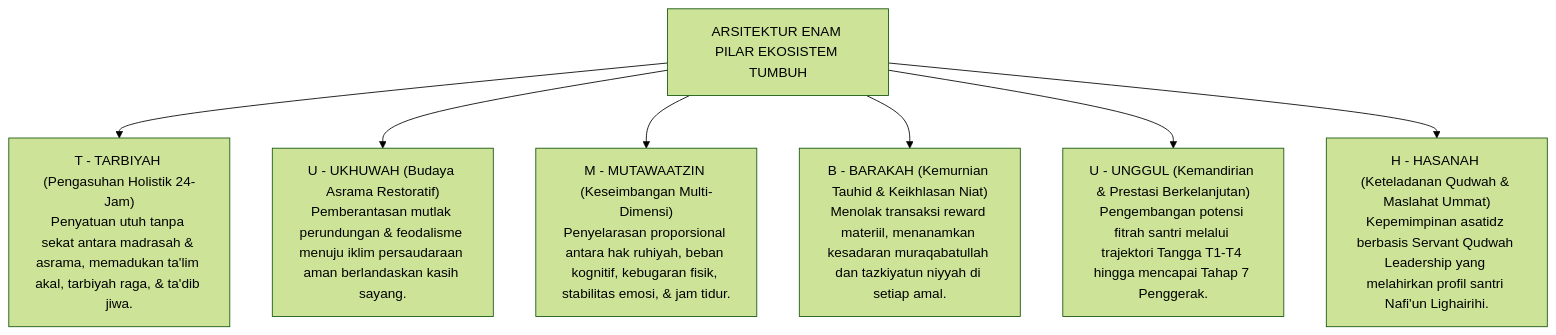
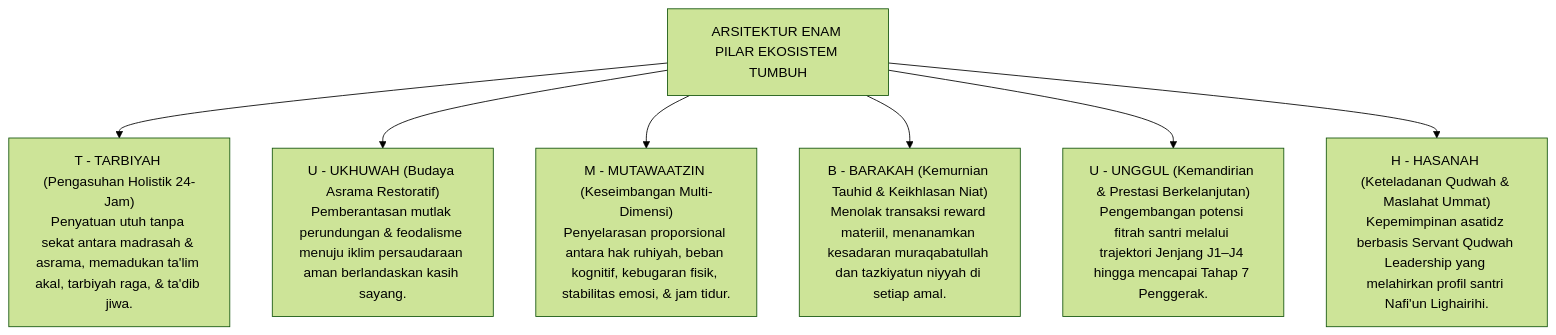
One commit to wandiapriliyandi/tumbuh changed the second of 3 diagrams in BOOK-SERIES/Volume-01/Bab-01-Krisis-Karakter-dan-Urgensi-Rekonstruksi/05-Urgensi-Rekonstruksi-Paradigma-Menuju-TUMBUH.md. Above: the diagram before and after it, drawn with Mermaid (forest theme). The commit also changed other lines of this file and 209 other files, not shown here.

````diff
--- a/BOOK-SERIES/Volume-01/Bab-01-Krisis-Karakter-dan-Urgensi-Rekonstruksi/05-Urgensi-Rekonstruksi-Paradigma-Menuju-TUMBUH.md
+++ b/BOOK-SERIES/Volume-01/Bab-01-Krisis-Karakter-dan-Urgensi-Rekonstruksi/05-Urgensi-Rekonstruksi-Paradigma-Menuju-TUMBUH.md
@@ -42,16 +42,16 @@
 ```mermaid
 graph TD
     Root["ARSITEKTUR ENAM PILAR EKOSISTEM TUMBUH"]
     
     Root --> T["T - TARBIYAH (Pengasuhan Holistik 24-Jam)<br/>Penyatuan utuh tanpa sekat antara madrasah & asrama, memadukan ta'lim akal, tarbiyah raga, & ta'dib jiwa."]
     
     Root --> U["U - UKHUWAH (Budaya Asrama Restoratif)<br/>Pemberantasan mutlak perundungan & feodalisme menuju iklim persaudaraan aman berlandaskan kasih sayang."]
     
     Root --> M["M - MUTAWAATZIN (Keseimbangan Multi-Dimensi)<br/>Penyelarasan proporsional antara hak ruhiyah, beban kognitif, kebugaran fisik, stabilitas emosi, & jam tidur."]
     
     Root --> B["B - BARAKAH (Kemurnian Tauhid & Keikhlasan Niat)<br/>Menolak transaksi reward materiil, menanamkan kesadaran muraqabatullah dan tazkiyatun niyyah di setiap amal."]
     
-    Root --> Un["U - UNGGUL (Kemandirian & Prestasi Berkelanjutan)<br/>Pengembangan potensi fitrah santri melalui trajektori Tangga T1-T4 hingga mencapai Tahap 7 Penggerak."]
+    Root --> Un["U - UNGGUL (Kemandirian & Prestasi Berkelanjutan)<br/>Pengembangan potensi fitrah santri melalui trajektori Jenjang J1–J4 hingga mencapai Tahap 7 Penggerak."]
     
     Root --> H["H - HASANAH (Keteladanan Qudwah & Maslahat Ummat)<br/>Kepemimpinan asatidz berbasis Servant Qudwah Leadership yang melahirkan profil santri Nafi'un Lighairihi."]
 ```
````
